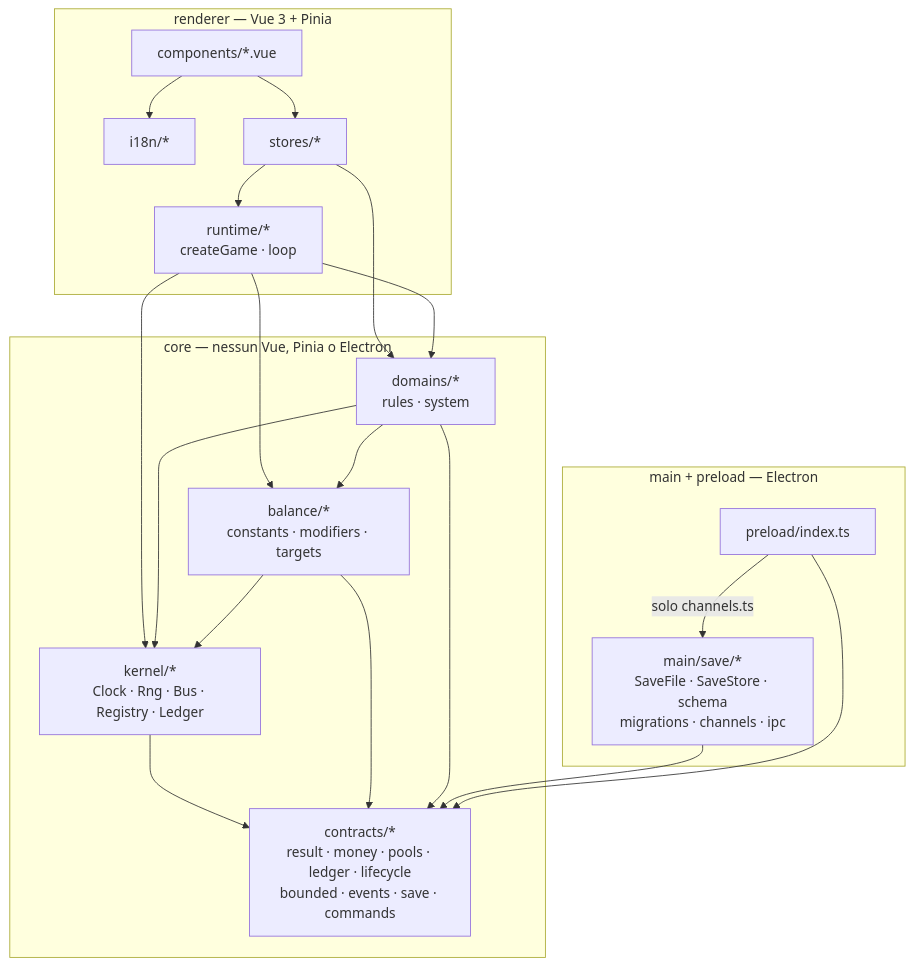
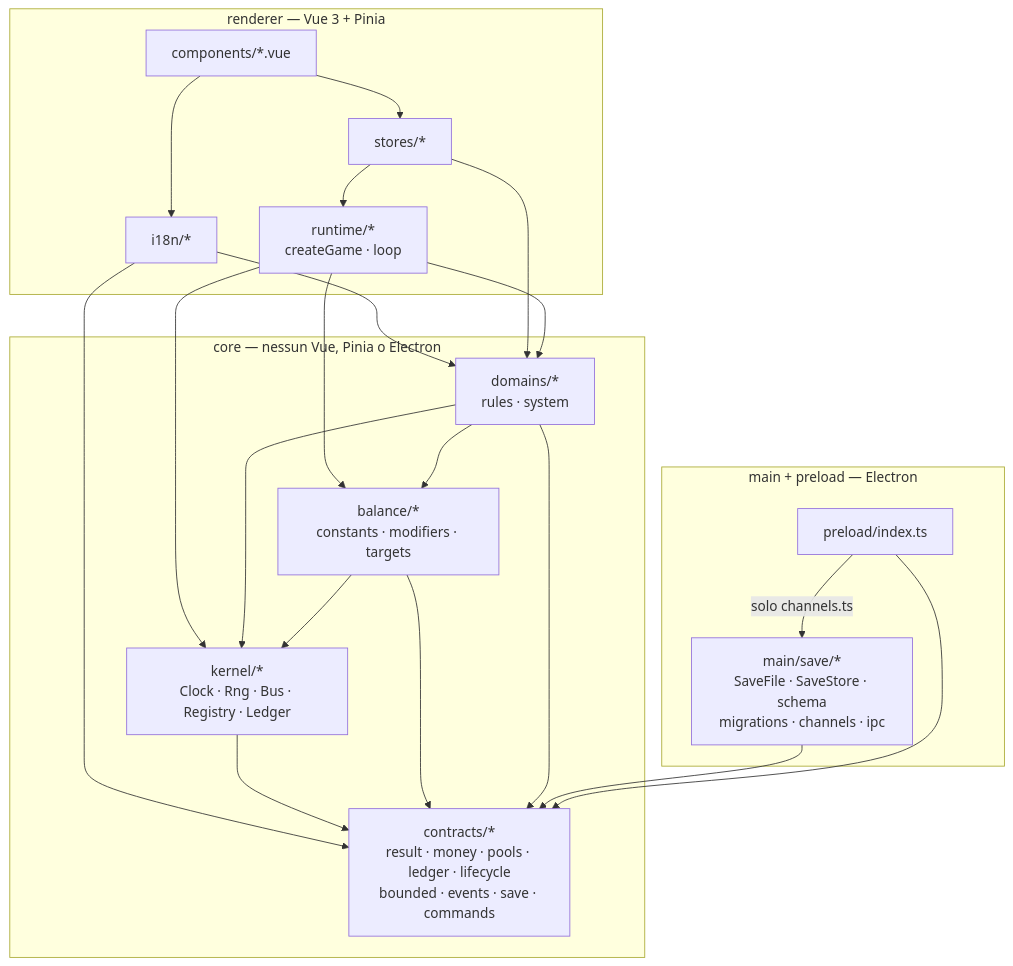
The diagram in docs/architettura.md (devfrx/solvent), drawn with Mermaid before and after one commit. The commit also changed other lines of this file and 27 other files, not shown here.

````diff
--- a/docs/architettura.md
+++ b/docs/architettura.md
@@ -14,38 +14,40 @@
 ```mermaid
 flowchart TD
   subgraph MAIN["main + preload — Electron"]
     SAVE["main/save/*<br/>SaveFile · SaveStore · schema<br/>migrations · channels · ipc"]
     PRE["preload/index.ts"]
   end
 
   subgraph REND["renderer — Vue 3 + Pinia"]
     CMP["components/*.vue"]
     I18N["i18n/*"]
     ST["stores/*"]
     RT["runtime/*<br/>createGame · loop"]
   end
 
   subgraph CORE["core — nessun Vue, Pinia o Electron"]
     DOM["domains/*<br/>rules · system"]
     BAL["balance/*<br/>constants · modifiers · targets"]
     KER["kernel/*<br/>Clock · Rng · Bus · Registry · Ledger"]
     CON["contracts/*<br/>result · money · pools · ledger · lifecycle<br/>bounded · events · save · commands"]
   end
 
   CMP --> ST
   CMP --> I18N
+  I18N --> CON
+  I18N --> DOM
   ST  --> RT
   ST  --> DOM
   RT  --> DOM
   RT  --> KER
   RT  --> BAL
   DOM --> BAL
   DOM --> KER
   BAL --> KER
   KER --> CON
   BAL --> CON
   DOM --> CON
   SAVE --> CON
   PRE --> CON
   PRE -->|solo channels.ts| SAVE
 ```
````
